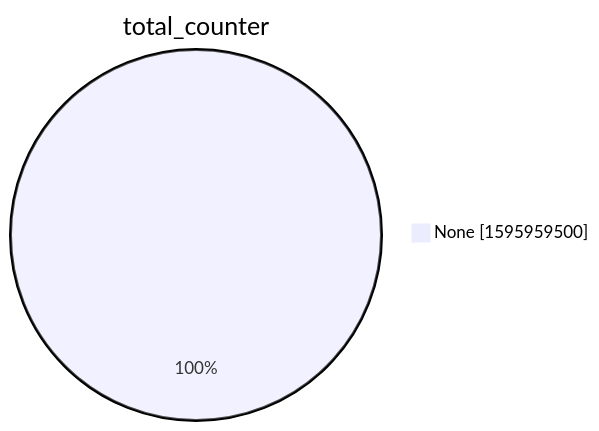
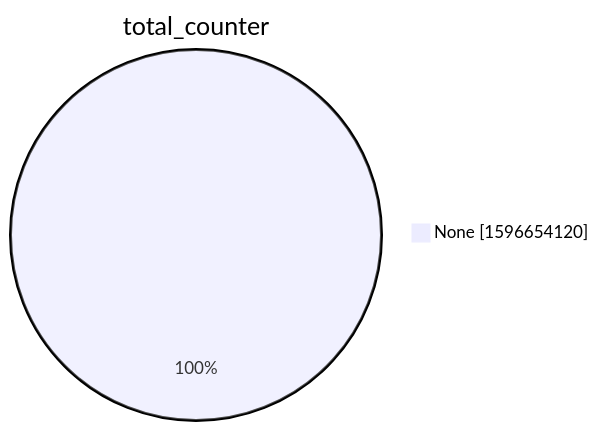
One commit to christiankrug/ctmonitor_visualization changed the second of 15 diagrams in xenon2022/README.md. Above: the diagram before and after it, drawn with Mermaid. The commit also changed other lines of this file, not shown here.

````diff
--- a/xenon2022/README.md
+++ b/xenon2022/README.md
@@ -9,5 +9,5 @@
 ```mermaid
 pie showData
 title total_counter
-"None" :1595959500
+"None" :1596654120
 ```
````
